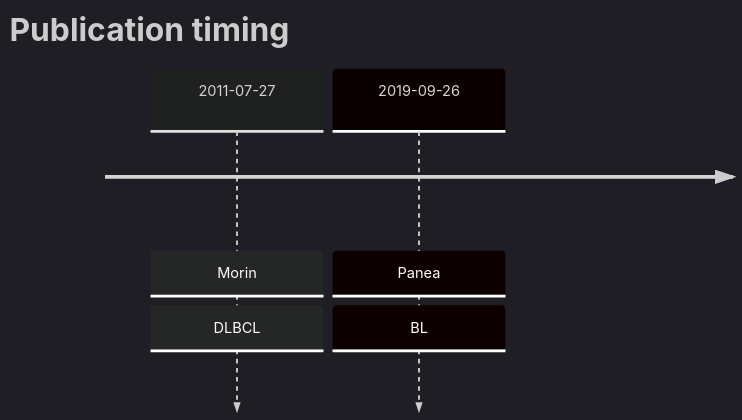
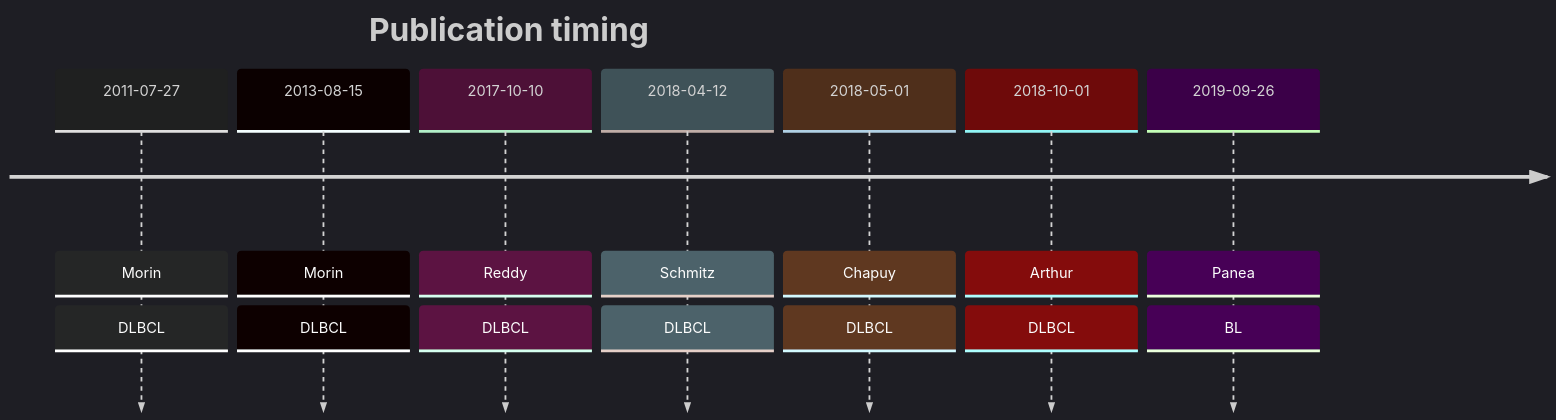
Before and after one commit to morinlab/lymphopedia: the diagram in ETS1.md, drawn with Mermaid.

````diff
--- a/ETS1.md
+++ b/ETS1.md
@@ -18,7 +18,12 @@
 ```mermaid
 %%{init: { 'logLevel': 'debug', 'theme': 'dark' } }%%
 timeline
     title Publication timing
-      2011-07-27 : Morin : DLBCL
+2011-07-27 : Morin : DLBCL
+2013-08-15 : Morin : DLBCL
+2017-10-10 : Reddy : DLBCL
+2018-04-12 : Schmitz : DLBCL
+2018-05-01 : Chapuy : DLBCL
+2018-10-01 : Arthur : DLBCL
       2019-09-26 : Panea : BL
 ```
````
